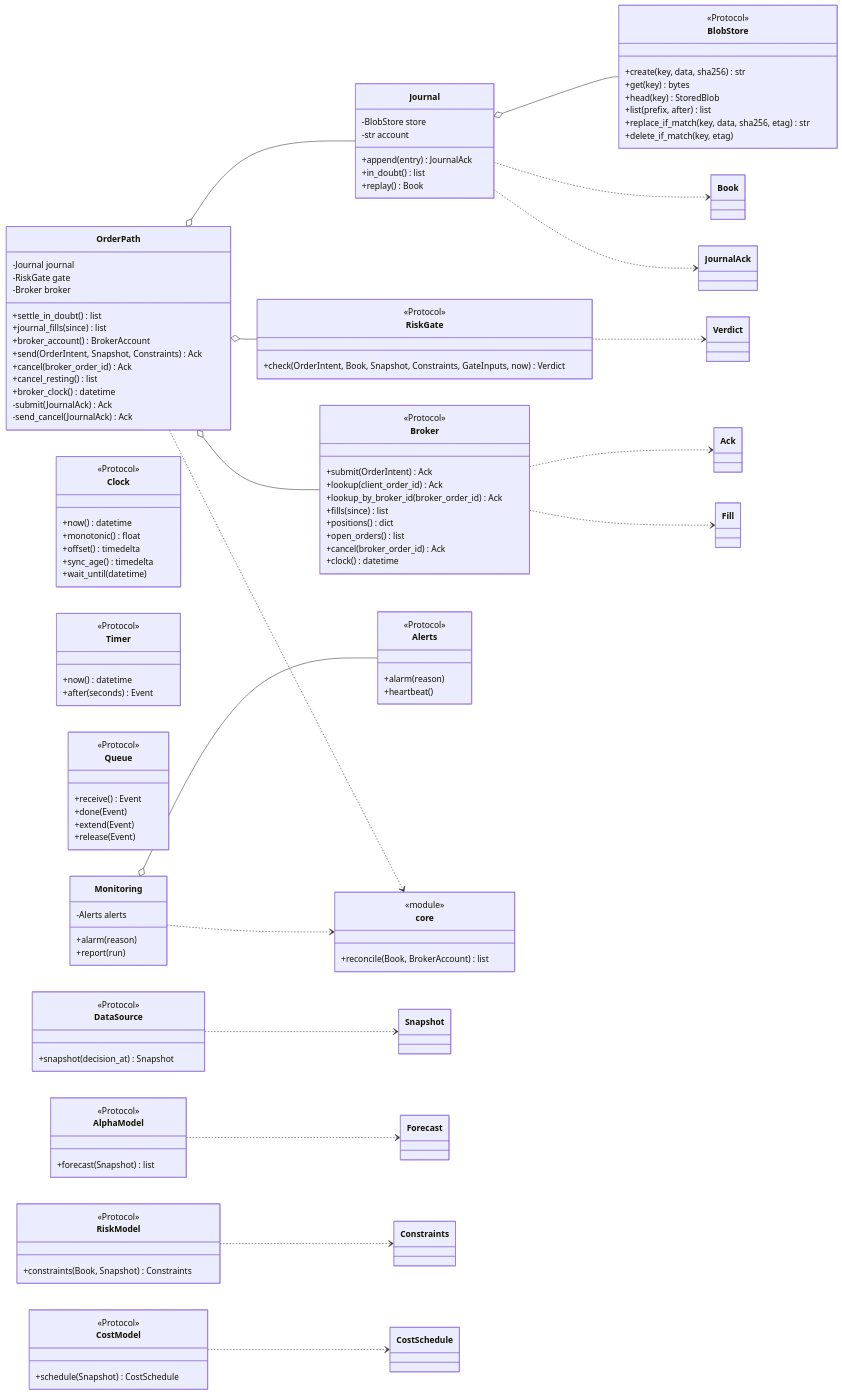
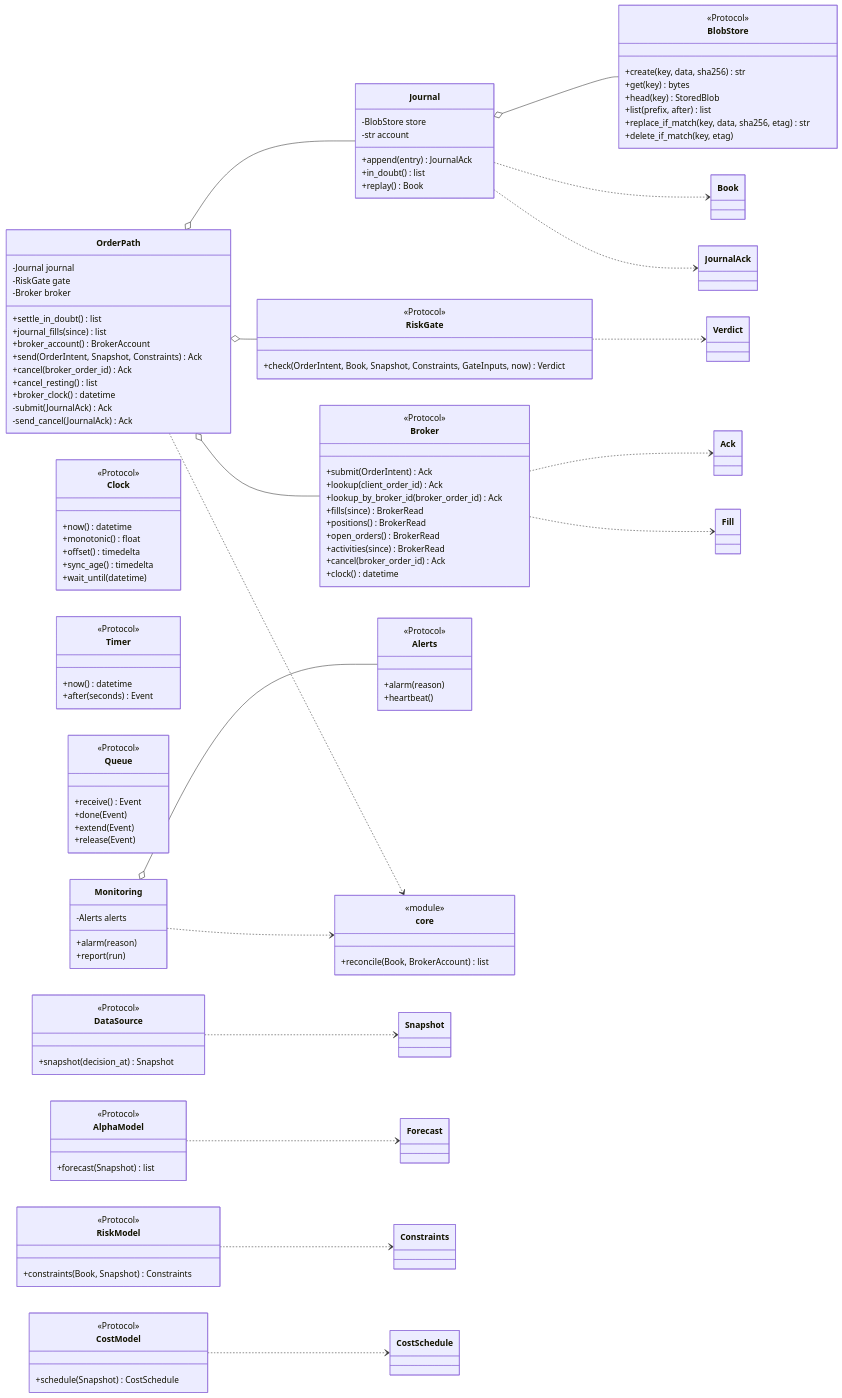
Diagram 20 of 25 in docs/architecture.md (l3a0/ithildin-runtime), drawn with Mermaid before and after one commit. The commit also changed other lines of this file and 4 other files, not shown here.

```diff
--- a/docs/architecture.md
+++ b/docs/architecture.md
@@ -1643,9 +1654,10 @@
         +submit(OrderIntent) Ack
         +lookup(client_order_id) Ack
         +lookup_by_broker_id(broker_order_id) Ack
-        +fills(since) list
-        +positions() dict
-        +open_orders() list
+        +fills(since) BrokerRead
+        +positions() BrokerRead
+        +open_orders() BrokerRead
+        +activities(since) BrokerRead
         +cancel(broker_order_id) Ack
         +clock() datetime
     }
```
